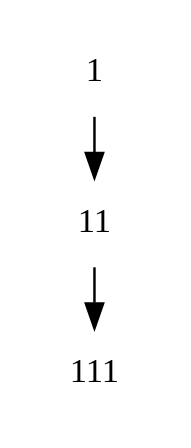
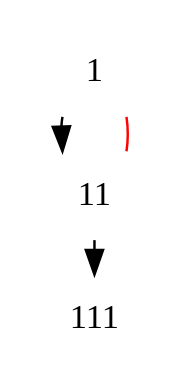
The diagram in tableau.dot (pshrey795/Explainable-FOL-Tableau), drawn with Graphviz before and after one commit. The commit also changed 5 other files, not shown here.

```diff
--- a/tableau.dot
+++ b/tableau.dot
@@ -1,17 +1,19 @@
 digraph{
 	nodesep = 0.5;
-	ranksep = 0.35;
+	ranksep = 0.20;
 	node [shape=plaintext];
-	1 [texlbl="\underline{$\neg p(c(a))$ }"];
-	11 [texlbl="\underline{$p(c(x))$ }"];
+	1 [texlbl="\underline{$\neg p(c())$ }"];
+	11 [texlbl="\underline{$p(c())$ }"];
+	111 [texlbl="\underline{$\bot$ }"];
 	subgraph dir{
 		1 -> 11;
 		11 -> 111;
 	}
 	subgraph ancestor{
 		edge [dir=back, color=blue style=dashed];
 	}
 	subgraph undir{
 		edge [dir=none, color=red];
+		11 -> 1;
 	}
 }
```
